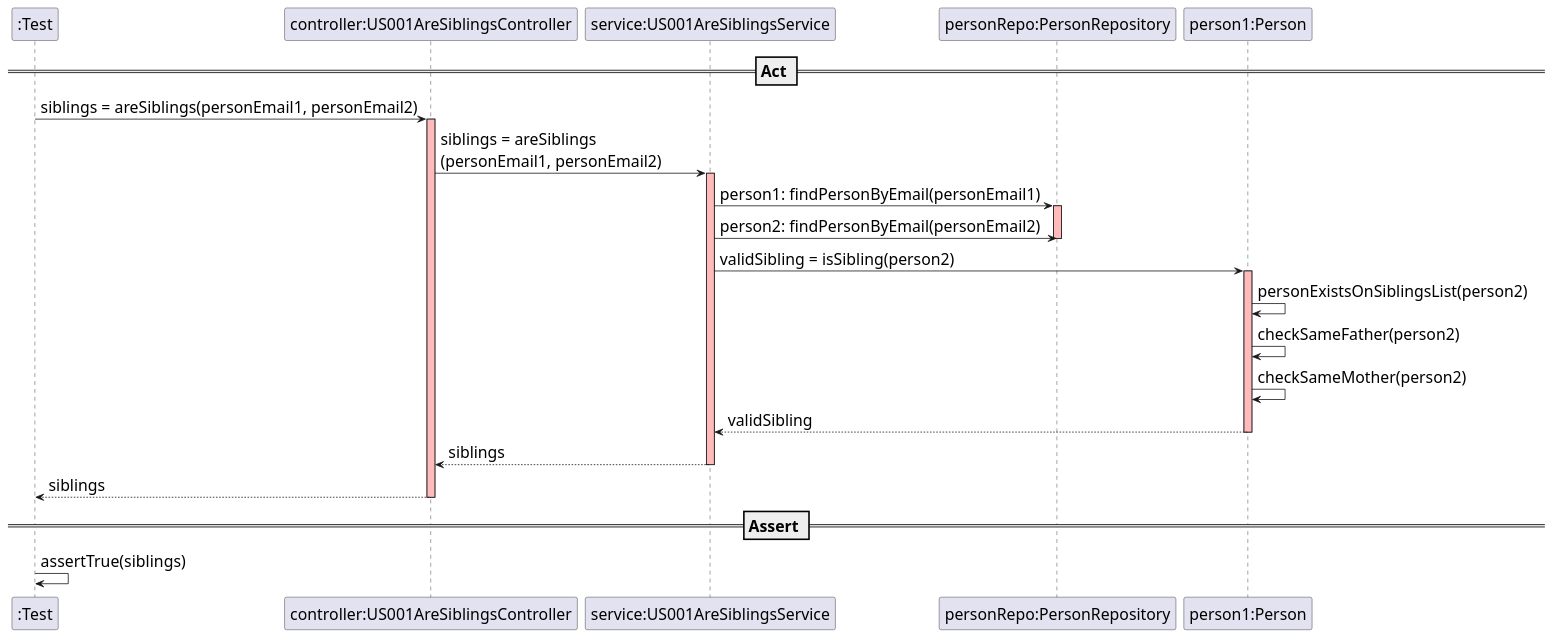
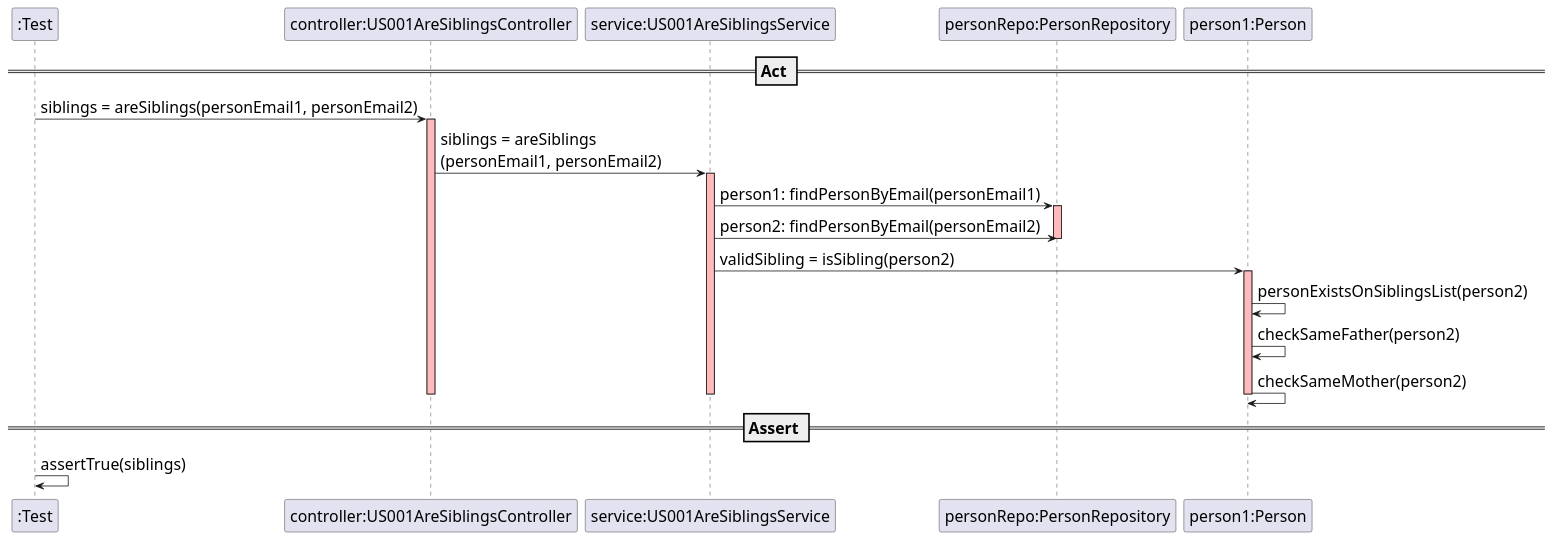
One commit to mleitaoribeiro/DevOpsMaven changed the diagram in src/main/java/switch2019/project/controllers/US001AreSiblingsSD.puml. Above: the diagram before and after it, drawn with PlantUML.

```diff
--- a/src/main/java/switch2019/project/controllers/US001AreSiblingsSD.puml
+++ b/src/main/java/switch2019/project/controllers/US001AreSiblingsSD.puml
@@ -1,46 +1,41 @@
 @startuml
 skinparam DefaultFontSize 20
 
 participant ":Test"
 
 participant "controller:US001AreSiblingsController"
 participant "service:US001AreSiblingsService"
 participant "personRepo:PersonRepository"
 participant "person1:Person"
 
 == Act ==
 
 ":Test" -> "controller:US001AreSiblingsController" : siblings = areSiblings(personEmail1, personEmail2)
 activate "controller:US001AreSiblingsController"  #FFBBBB
 
 "controller:US001AreSiblingsController"-> "service:US001AreSiblingsService" : siblings = areSiblings\n(personEmail1, personEmail2)
 activate "service:US001AreSiblingsService"  #FFBBBB
 
 "service:US001AreSiblingsService" -> "personRepo:PersonRepository" : person1: findPersonByEmail(personEmail1)
 activate "personRepo:PersonRepository" #FFBBBB
 
 "service:US001AreSiblingsService" -> "personRepo:PersonRepository" : person2: findPersonByEmail(personEmail2)
 
 deactivate "personRepo:PersonRepository" #FFBBBB
 
 "service:US001AreSiblingsService" -> "person1:Person" : validSibling = isSibling(person2)
 activate "person1:Person"  #FFBBBB
 
 "person1:Person" -> "person1:Person" :  personExistsOnSiblingsList(person2)
 "person1:Person" -> "person1:Person" :  checkSameFather(person2)
 "person1:Person" -> "person1:Person" :  checkSameMother(person2)
 
-"person1:Person" --> "service:US001AreSiblingsService" : validSibling
 deactivate "person1:Person"
-
-"service:US001AreSiblingsService"--> "controller:US001AreSiblingsController" : siblings
 deactivate "service:US001AreSiblingsService"
-
-"controller:US001AreSiblingsController" --> ":Test" : siblings
 deactivate "controller:US001AreSiblingsController"
 
 == Assert ==
 
 ":Test" -> ":Test" : assertTrue(siblings)
 
 @enduml
```
